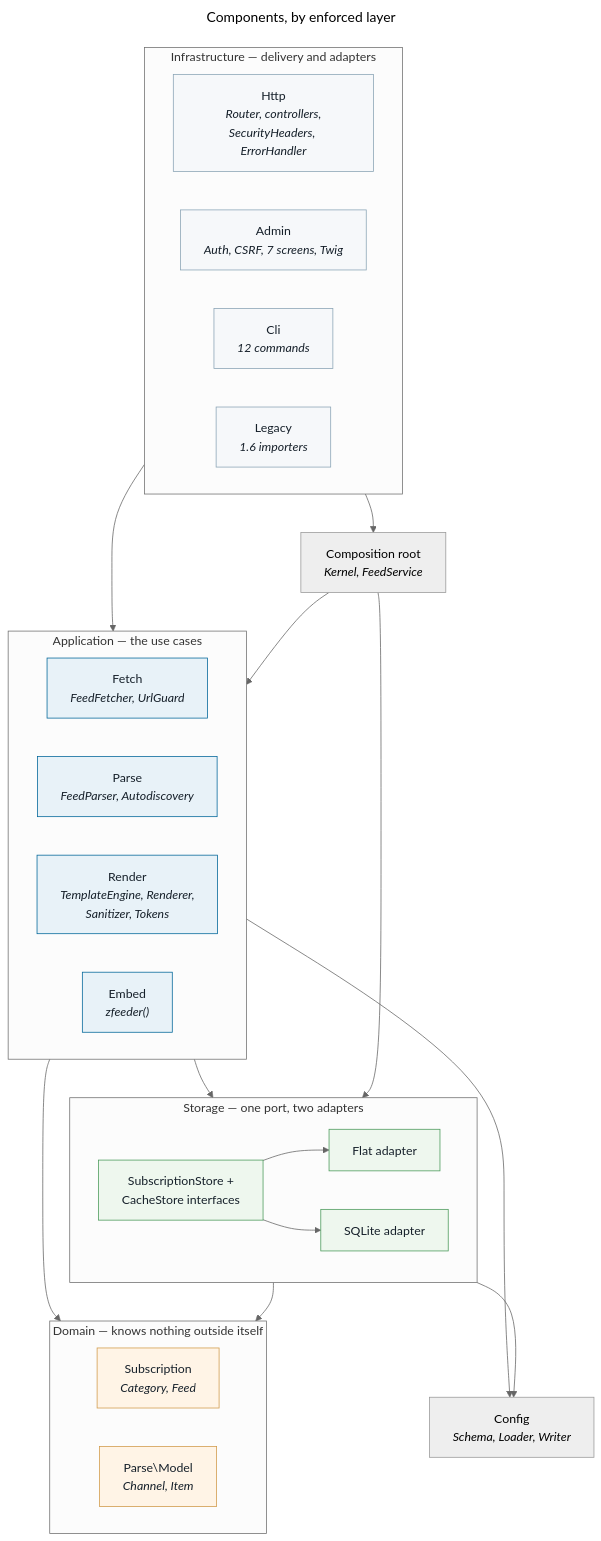
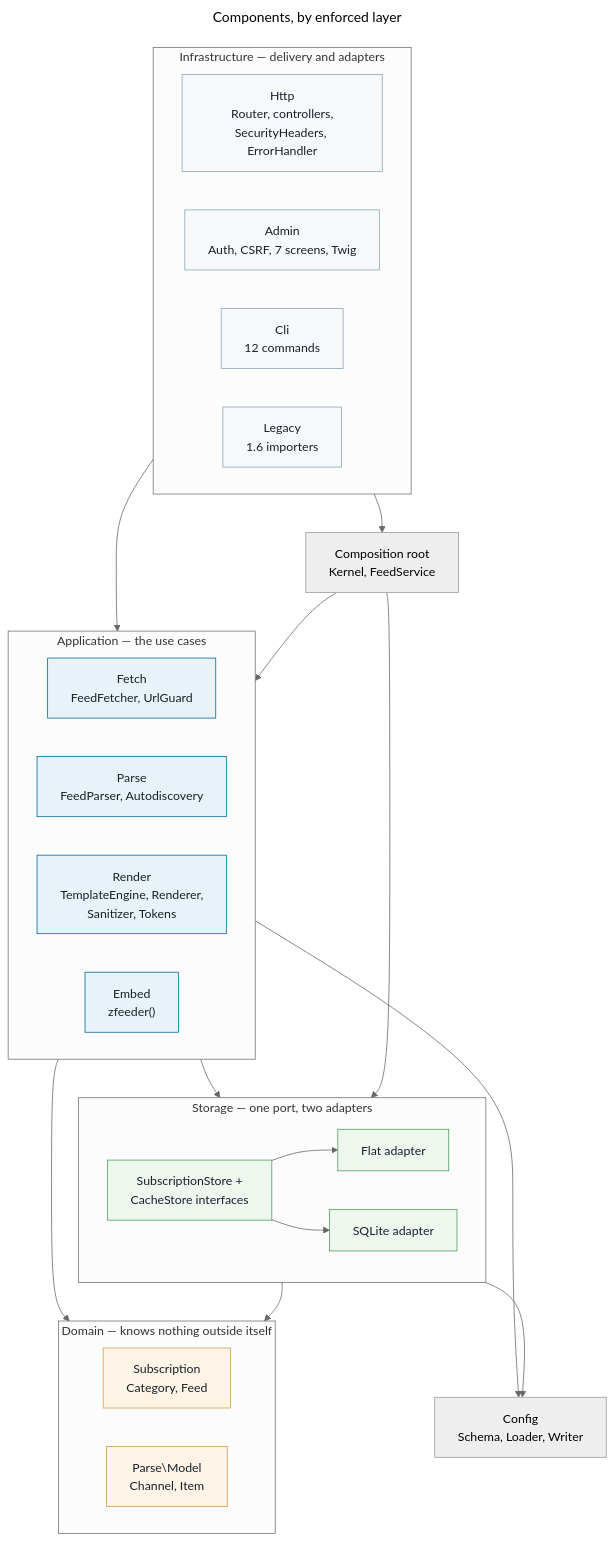
The diagram in docs/diagrams/03-components.mmd (andreibesleaga/zfeeder), drawn with Mermaid (neutral theme) before and after one commit. The commit also changed 22 other files, not shown here.

```diff
--- a/docs/diagrams/03-components.mmd
+++ b/docs/diagrams/03-components.mmd
@@ -1,52 +1,52 @@
 ---
 title: "Components, by enforced layer"
 ---
 flowchart TB
     subgraph infra["Infrastructure — delivery and adapters"]
-        http["Http<br/><i>Router, controllers,<br/>SecurityHeaders, ErrorHandler</i>"]
-        admin["Admin<br/><i>Auth, CSRF, 7 screens, Twig</i>"]
-        clic["Cli<br/><i>12 commands</i>"]
-        legacy["Legacy<br/><i>1.6 importers</i>"]
+        http["Http<br/>Router, controllers,<br/>SecurityHeaders, ErrorHandler"]
+        admin["Admin<br/>Auth, CSRF, 7 screens, Twig"]
+        clic["Cli<br/>12 commands"]
+        legacy["Legacy<br/>1.6 importers"]
     end
 
     subgraph appl["Application — the use cases"]
-        fetch["Fetch<br/><i>FeedFetcher, UrlGuard</i>"]
-        parse["Parse<br/><i>FeedParser, Autodiscovery</i>"]
-        render["Render<br/><i>TemplateEngine, Renderer,<br/>Sanitizer, Tokens</i>"]
-        embed["Embed<br/><i>zfeeder#40;#41;</i>"]
+        fetch["Fetch<br/>FeedFetcher, UrlGuard"]
+        parse["Parse<br/>FeedParser, Autodiscovery"]
+        render["Render<br/>TemplateEngine, Renderer,<br/>Sanitizer, Tokens"]
+        embed["Embed<br/>zfeeder()"]
     end
 
     subgraph store["Storage — one port, two adapters"]
         port["SubscriptionStore +<br/>CacheStore interfaces"]
         flatA["Flat adapter"]
         sqlA["SQLite adapter"]
     end
 
     subgraph dom["Domain — knows nothing outside itself"]
-        subs["Subscription<br/><i>Category, Feed</i>"]
-        model["Parse#92;Model<br/><i>Channel, Item</i>"]
+        subs["Subscription<br/>Category, Feed"]
+        model["Parse\Model<br/>Channel, Item"]
     end
 
-    cfg["Config<br/><i>Schema, Loader, Writer</i>"]
-    comp["Composition root<br/><i>Kernel, FeedService</i>"]
+    cfg["Config<br/>Schema, Loader, Writer"]
+    comp["Composition root<br/>Kernel, FeedService"]
 
     infra --> appl
     infra --> comp
     appl --> store
     appl --> dom
     store --> dom
     appl --> cfg
     store --> cfg
     port --> flatA
     port --> sqlA
     comp --> appl
     comp --> store
 
     classDef d fill:#fff4e6,stroke:#d19a4a,color:#16202a
     classDef a fill:#e8f2f8,stroke:#006699,color:#16202a
     classDef s fill:#eef7ee,stroke:#4a9a5a,color:#16202a
     classDef i fill:#f6f8fa,stroke:#8aa4b5,color:#16202a
     class subs,model d
     class fetch,parse,render,embed a
     class port,flatA,sqlA s
     class http,admin,clic,legacy i
```
